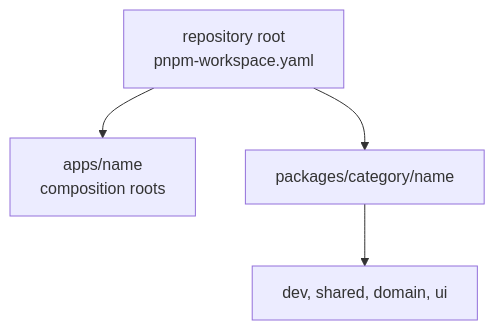
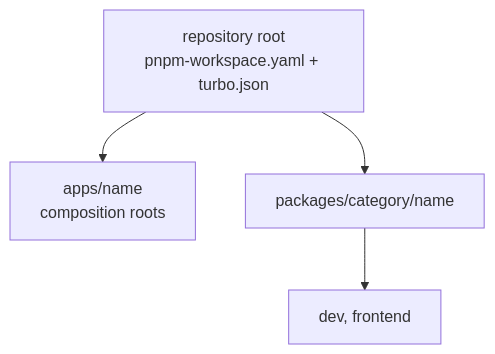
Before and after one commit to hsadoqi/synapcity-v2: the diagram in docs/architecture/workspace-conventions.md, drawn with Mermaid. The commit also changed other lines of this file and 18 other files, not shown here.

Commit message:
feat: add ADRs for styling foundation, typography roles, and class merging; update docs for agents, including updated decisions for design and architecture

````diff
--- a/docs/architecture/workspace-conventions.md
+++ b/docs/architecture/workspace-conventions.md
@@ -7,11 +7,11 @@
 ```mermaid
 flowchart TD
-  root["repository root<br/>pnpm-workspace.yaml"]
+  root["repository root<br/>pnpm-workspace.yaml + turbo.json"]
   apps["apps/name<br/>composition roots"]
   pkgs["packages/category/name"]
-  cats["dev, shared, domain, ui"]
+  cats["dev, frontend"]
 
   root --> apps
   root --> pkgs
   pkgs --> cats
 ```
````
